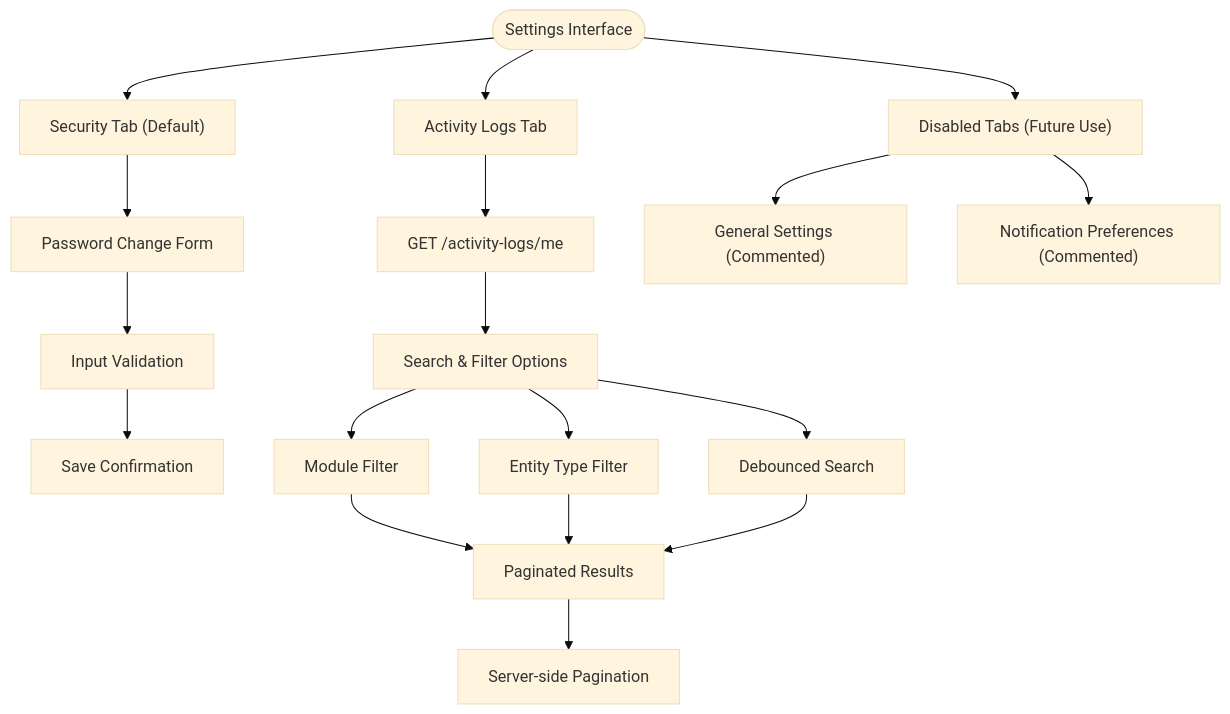
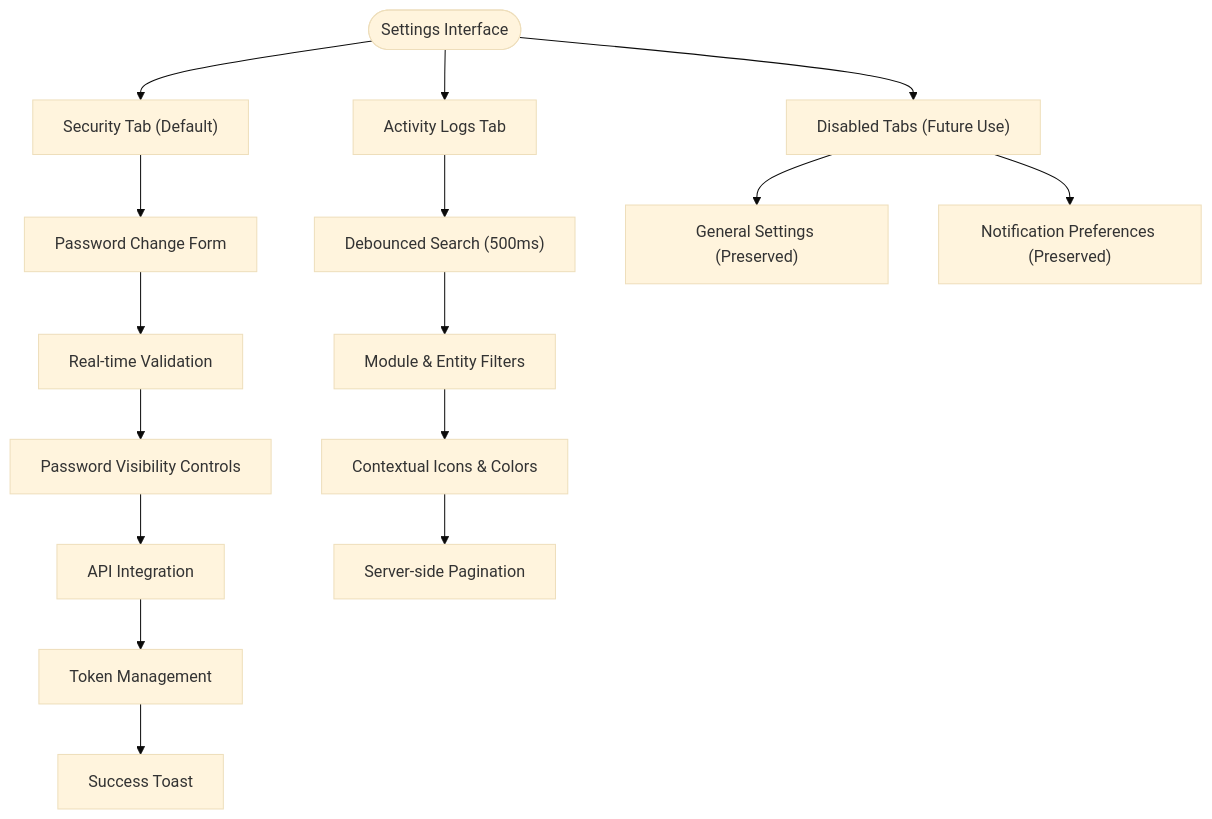
The tenth of 12 diagrams in .qoder/repowiki/en/content/Business Modules/Business Modules.md (Lazynerd-Studios/lacarte-atlas-console), drawn with Mermaid (base theme) before and after one commit. The commit also changed other lines of this file and 16 other files, not shown here.

````diff
--- a/.qoder/repowiki/en/content/Business Modules/Business Modules.md
+++ b/.qoder/repowiki/en/content/Business Modules/Business Modules.md
@@ -478,20 +496,18 @@
 ```mermaid
 flowchart TD
 SettingsStart(["Settings Interface"]) --> DefaultView["Security Tab (Default)"]
-DefaultView --> PasswordChange["Password Change Form"]
-PasswordChange --> Validation["Input Validation"]
-Validation --> SaveSuccess["Save Confirmation"]
+DefaultView --> PasswordForm["Password Change Form"]
+PasswordForm --> Validation["Real-time Validation"]
+Validation --> VisibilityToggles["Password Visibility Controls"]
+VisibilityToggles --> APIIntegration["API Integration"]
+APIIntegration --> TokenManagement["Token Management"]
+TokenManagement --> SuccessNotification["Success Toast"]
 SettingsStart --> ActivityTab["Activity Logs Tab"]
-ActivityTab --> FetchLogs["GET /activity-logs/me"]
-FetchLogs --> FilterOptions["Search & Filter Options"]
-FilterOptions --> ModuleFilter["Module Filter"]
-FilterOptions --> EntityFilter["Entity Type Filter"]
-FilterOptions --> SearchInput["Debounced Search"]
-ModuleFilter --> Results["Paginated Results"]
-EntityFilter --> Results
-SearchInput --> Results
-Results --> Pagination["Server-side Pagination"]
+ActivityTab --> AdvancedSearch["Debounced Search (500ms)"]
+AdvancedSearch --> MultiFilter["Module & Entity Filters"]
+MultiFilter --> RichDisplay["Contextual Icons & Colors"]
+RichDisplay --> Pagination["Server-side Pagination"]
 SettingsStart --> DisabledTabs["Disabled Tabs (Future Use)"]
-DisabledTabs --> GeneralTab["General Settings (Commented)"]
-DisabledTabs --> NotificationTab["Notification Preferences (Commented)"]
+DisabledTabs --> GeneralTab["General Settings (Preserved)"]
+DisabledTabs --> NotificationTab["Notification Preferences (Preserved)"]
 ```
````
